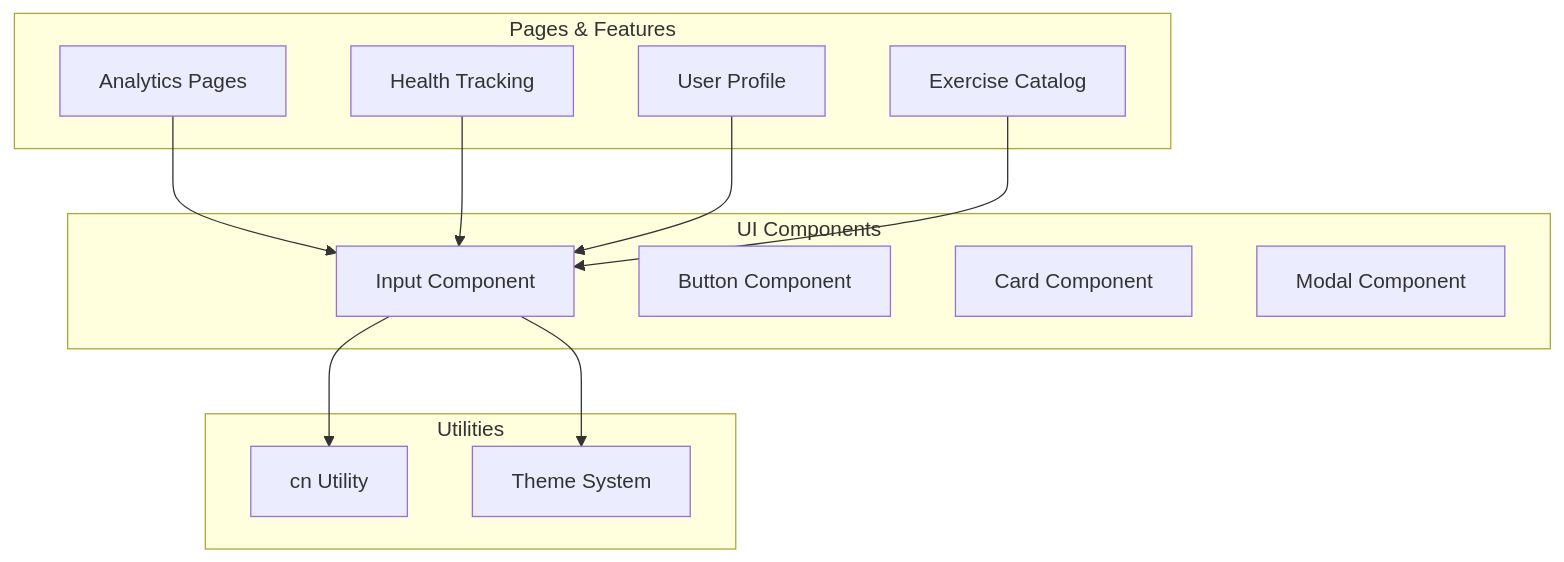
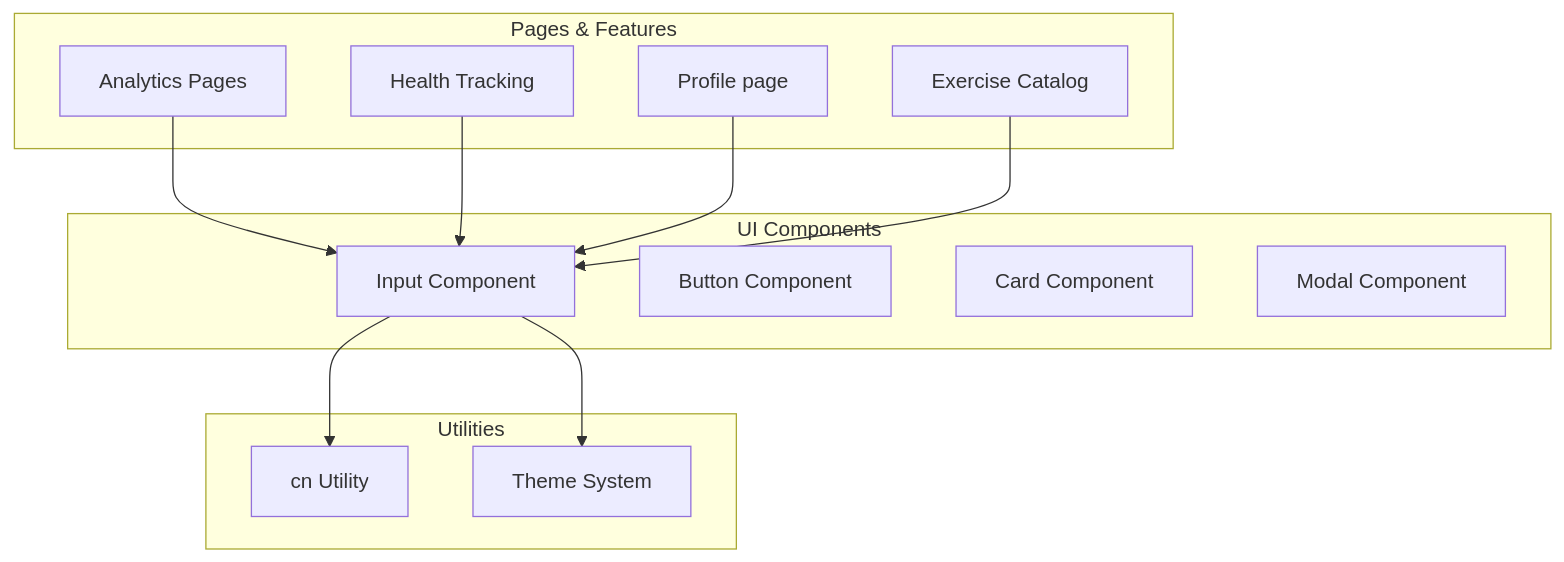
The first of 5 diagrams in .qoder/repowiki/en/content/Frontend Component Architecture/UI Component Library/Input Component.md (nilsnavi/fit_trackerpro), drawn with Mermaid before and after one commit. The commit also changed other lines of this file and 9 other files, not shown here.

First line of the commit message:
Профиль: один экран ProfilePage и актуализация документации qoder

````diff
--- a/.qoder/repowiki/en/content/Frontend Component Architecture/UI Component Library/Input Component.md
+++ b/.qoder/repowiki/en/content/Frontend Component Architecture/UI Component Library/Input Component.md
@@ -31,25 +31,25 @@
 ```mermaid
 graph TB
 subgraph "UI Components"
 Input[Input Component]
 Button[Button Component]
 Card[Card Component]
 Modal[Modal Component]
 end
 subgraph "Utilities"
 CN[cn Utility]
 Theme[Theme System]
 end
 subgraph "Pages & Features"
 Analytics[Analytics Pages]
 Health[Health Tracking]
-Profile[User Profile]
+ProfilePage[Profile page]
 Catalog[Exercise Catalog]
 end
 Input --> CN
 Input --> Theme
 Analytics --> Input
 Health --> Input
-Profile --> Input
+ProfilePage --> Input
 Catalog --> Input
 ```
````
